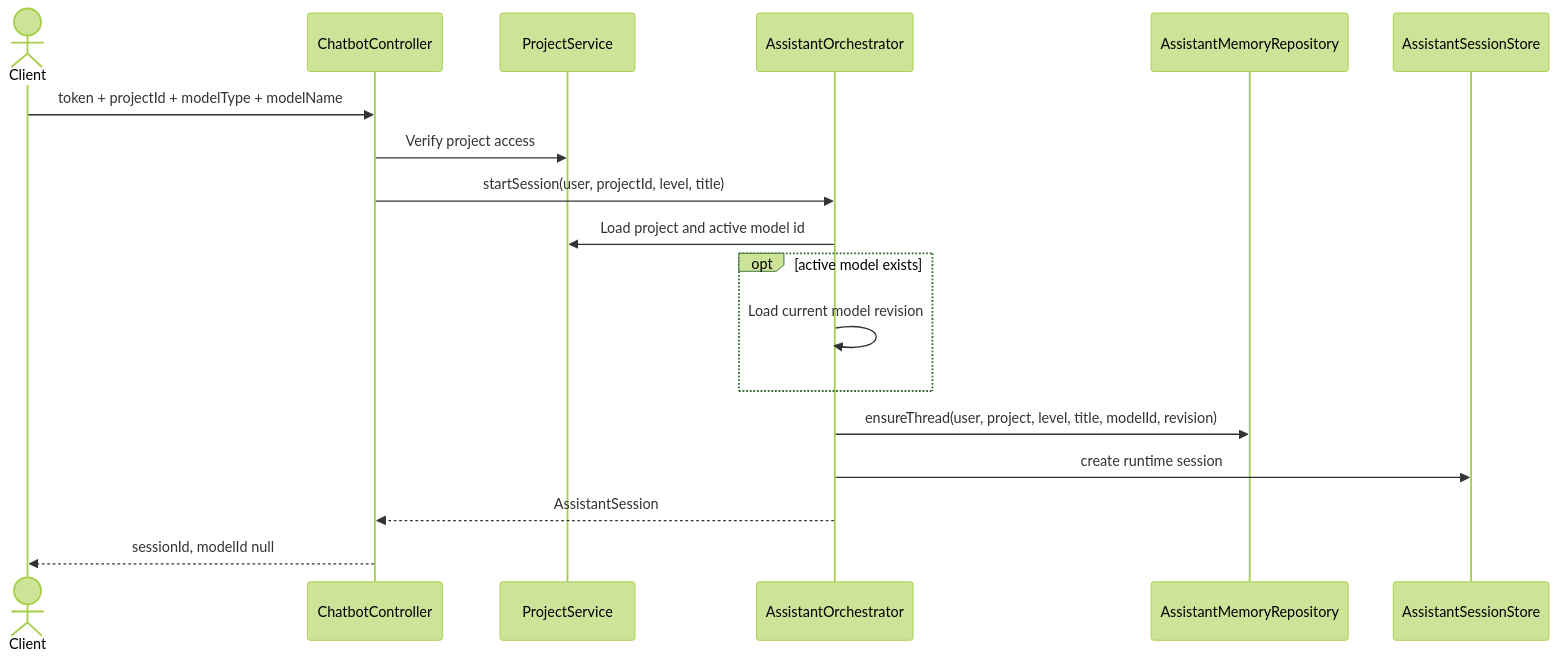
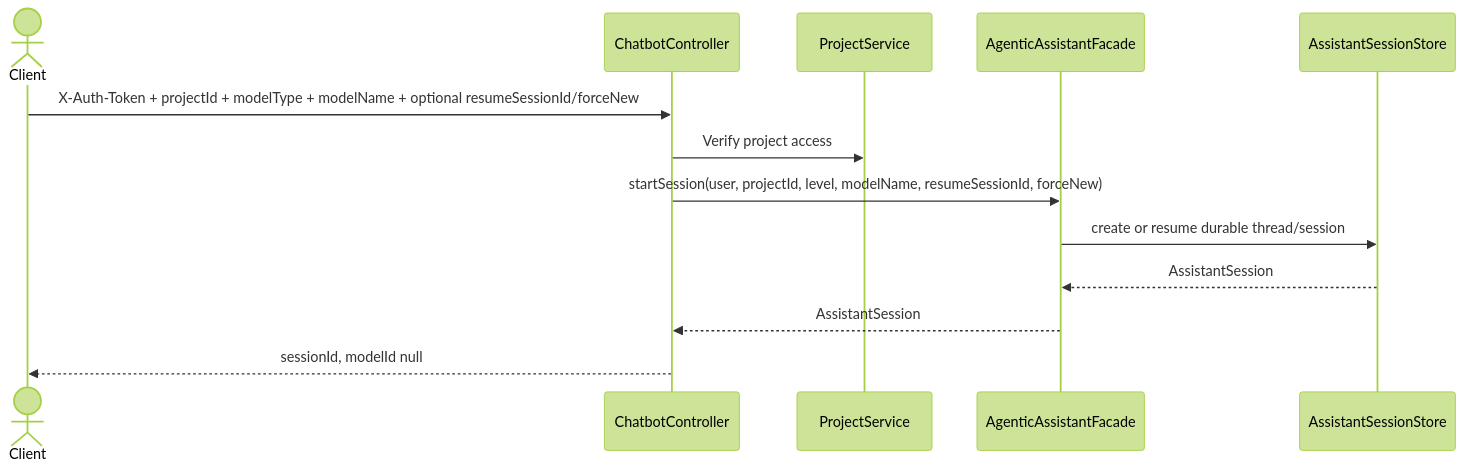
Before and after one commit to mehdieidi/modriss: the first of 5 diagrams in docs/diagrams/13-api-assistant-sequences.md, drawn with Mermaid (forest theme). The commit also changed other lines of this file and 37 other files, not shown here.

First line of the commit message:
docs: refactor AI assistant documentation and improve clarity on durable turns, checkpoints, and event handling

````diff
--- a/docs/diagrams/13-api-assistant-sequences.md
+++ b/docs/diagrams/13-api-assistant-sequences.md
@@ -5,20 +5,15 @@
 ```mermaid
 sequenceDiagram
     actor Client
     participant C as ChatbotController
     participant P as ProjectService
-    participant O as AssistantOrchestrator
-    participant MR as AssistantMemoryRepository
+    participant A as AgenticAssistantFacade
     participant S as AssistantSessionStore
-    Client->>C: token + projectId + modelType + modelName
+    Client->>C: X-Auth-Token + projectId + modelType + modelName + optional resumeSessionId/forceNew
     C->>P: Verify project access
-    C->>O: startSession(user, projectId, level, title)
-    O->>P: Load project and active model id
-    opt active model exists
-        O->>O: Load current model revision
-    end
-    O->>MR: ensureThread(user, project, level, title, modelId, revision)
-    O->>S: create runtime session
-    O-->>C: AssistantSession
+    C->>A: startSession(user, projectId, level, modelName, resumeSessionId, forceNew)
+    A->>S: create or resume durable thread/session
+    S-->>A: AssistantSession
+    A-->>C: AssistantSession
     C-->>Client: sessionId, modelId null
 ```
````
